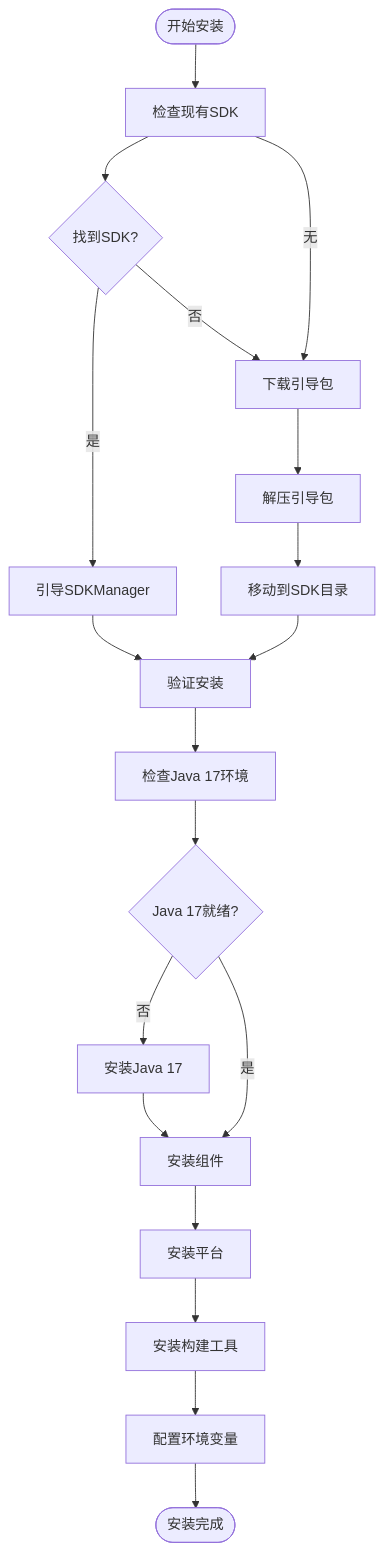
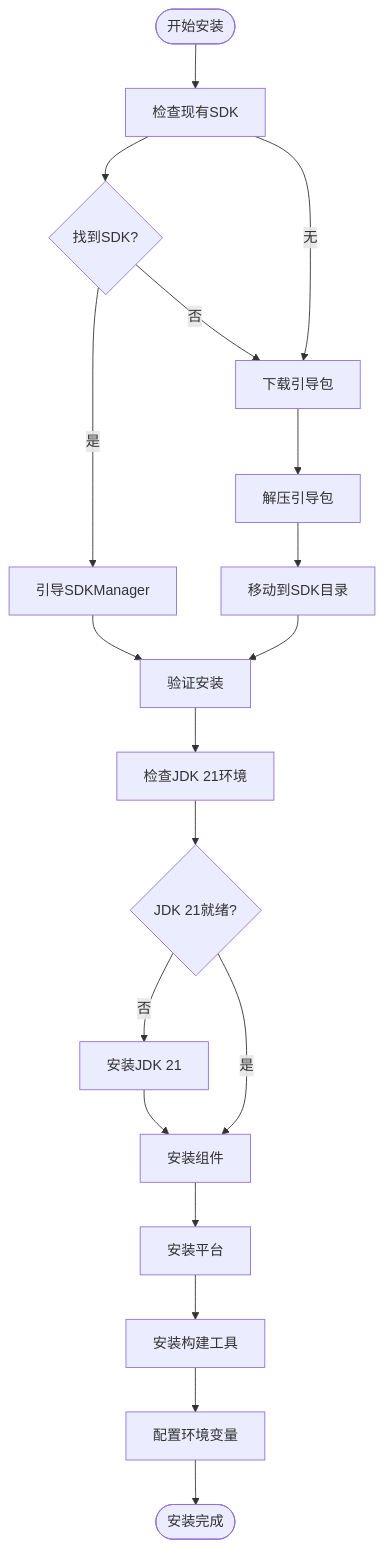
One commit to tea4go/Macro-Deck-Client-App changed the ninth of 11 diagrams in .qoder/repowiki/zh/content/构建与部署/Windows PowerShell自动化.md. Above: the diagram before and after it, drawn with Mermaid. The commit also changed other lines of this file and 39 other files, not shown here.

````diff
--- a/.qoder/repowiki/zh/content/构建与部署/Windows PowerShell自动化.md
+++ b/.qoder/repowiki/zh/content/构建与部署/Windows PowerShell自动化.md
@@ -929,21 +774,21 @@
 ```mermaid
 flowchart TD
 Start([开始安装]) --> CheckSDK[检查现有SDK]
 CheckSDK --> FoundSDK{找到SDK?}
 FoundSDK --> |是| BootstrapSDK[引导SDKManager]
 FoundSDK --> |否| DownloadBoot[下载引导包]
 DownloadBoot --> ExtractBoot[解压引导包]
 ExtractBoot --> MoveBoot[移动到SDK目录]
 MoveBoot --> VerifyBoot[验证安装]
 BootstrapSDK --> VerifyBoot
-VerifyBoot --> CheckJava[检查Java 17环境]
-CheckJava --> JavaOK{Java 17就绪?}
-JavaOK --> |否| InstallJava[安装Java 17]
+VerifyBoot --> CheckJava[检查JDK 21环境]
+CheckJava --> JavaOK{JDK 21就绪?}
+JavaOK --> |否| InstallJava[安装JDK 21]
 JavaOK --> |是| InstallComponents[安装组件]
 InstallJava --> InstallComponents
 InstallComponents --> InstallPlatform[安装平台]
 InstallPlatform --> InstallBuildTools[安装构建工具]
 InstallBuildTools --> ConfigEnv[配置环境变量]
 ConfigEnv --> Done([安装完成])
 CheckSDK --> |无| DownloadBoot
 ```
````
